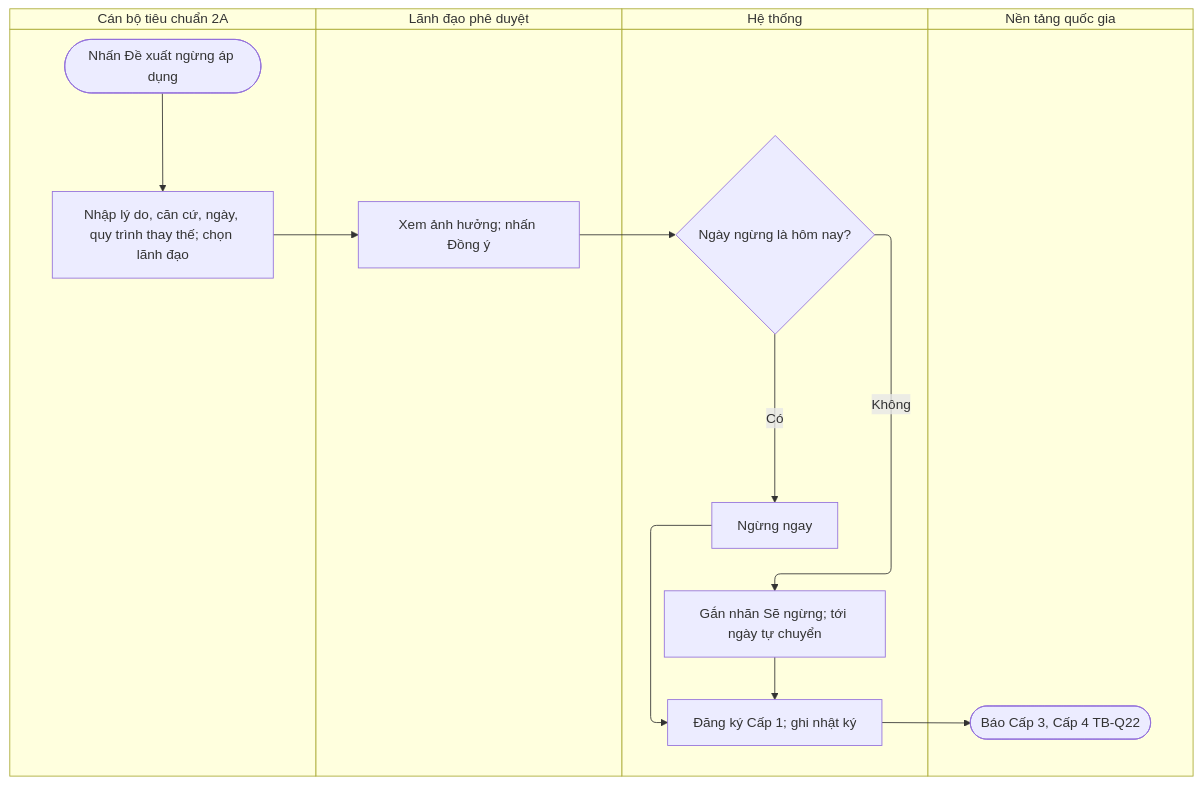
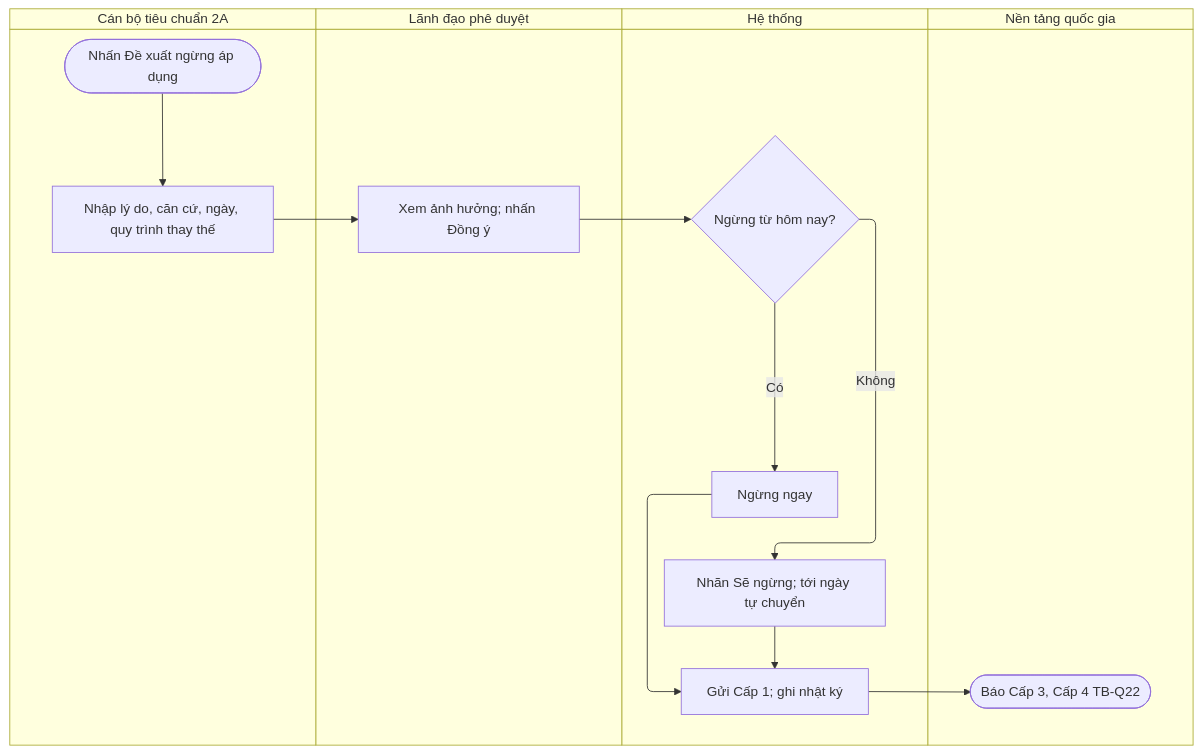
Before and after one commit to cuongnh-rd/ndatrace-attp: the first of 2 diagrams in docs/prd/quy-trinh-tieu-chuan-txng/7.9-ngung-ap-dung.md, drawn with Mermaid. The commit also changed other lines of this file and 9 other files, not shown here.

First line of the commit message:
docs(prd): vẽ lại swimlane Quy trình tiêu chuẩn TXNG, phạm vi trùng ngành theo cơ quan cấp 2, sửa tham chiếu luồng

````diff
--- a/docs/prd/quy-trinh-tieu-chuan-txng/7.9-ngung-ap-dung.md
+++ b/docs/prd/quy-trinh-tieu-chuan-txng/7.9-ngung-ap-dung.md
@@ -38,27 +38,27 @@
 ```mermaid
 swimlane-beta TB
   subgraph CB["Cán bộ tiêu chuẩn 2A"]
     s(["Nhấn Đề xuất ngừng áp dụng"])
-    c1["Nhập lý do, căn cứ, ngày, quy trình thay thế; chọn lãnh đạo"]
+    c1["Nhập lý do, căn cứ, ngày, quy trình thay thế"]
   end
   subgraph LD["Lãnh đạo phê duyệt"]
     l1["Xem ảnh hưởng; nhấn Đồng ý"]
   end
   subgraph HT["Hệ thống"]
-    d1{"Ngày ngừng là hôm nay?"}
+    d1{"Ngừng từ hôm nay?"}
     h1["Ngừng ngay"]
-    h2["Gắn nhãn Sẽ ngừng; tới ngày tự chuyển"]
-    h3["Đăng ký Cấp 1; ghi nhật ký"]
+    h2["Nhãn Sẽ ngừng; tới ngày tự chuyển"]
+    h3["Gửi Cấp 1; ghi nhật ký"]
   end
   subgraph C1["Nền tảng quốc gia"]
     n1(["Báo Cấp 3, Cấp 4 TB-Q22"])
   end
   s --> c1
   c1 --> l1
   l1 --> d1
   d1 -->|Có| h1
   d1 -->|Không| h2
   h1 --> h3
   h2 --> h3
   h3 --> n1
 ```
````
